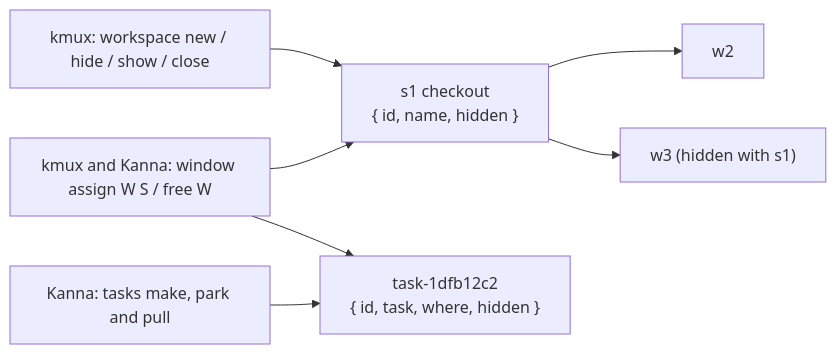
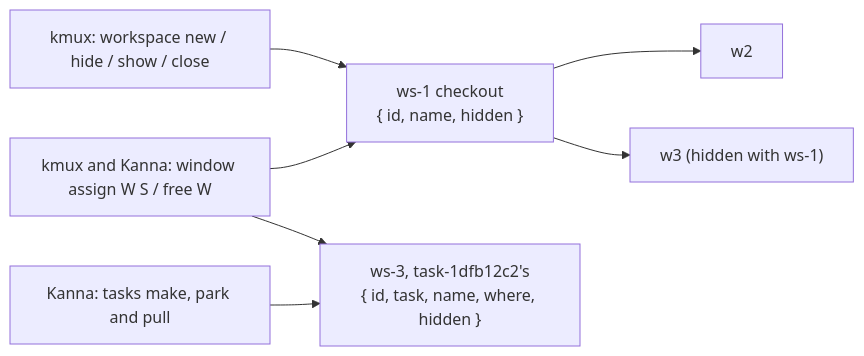
One commit to jemdiggity/kanna-v4 changed the fourth of 4 diagrams in docs/specs/workspaces.md. Above: the diagram before and after it, drawn with Mermaid. The commit also changed other lines of this file and 37 other files, not shown here.

````diff
--- a/docs/specs/workspaces.md
+++ b/docs/specs/workspaces.md
@@ -196,9 +198,9 @@
 ```mermaid
 flowchart LR
-    KW["kmux: workspace new / hide / show / close"] --> S["s1 checkout<br/>{ id, name, hidden }"]
+    KW["kmux: workspace new / hide / show / close"] --> S["ws-1 checkout<br/>{ id, name, hidden }"]
     KA["kmux and Kanna: window assign W S / free W"] --> S
     S --> W2["w2"]
-    S --> W3["w3 (hidden with s1)"]
-    T["Kanna: tasks make, park and pull"] --> TW["task-1dfb12c2<br/>{ id, task, where, hidden }"]
+    S --> W3["w3 (hidden with ws-1)"]
+    T["Kanna: tasks make, park and pull"] --> TW["ws-3, task-1dfb12c2's<br/>{ id, task, name, where, hidden }"]
     KA --> TW
 ```
````
